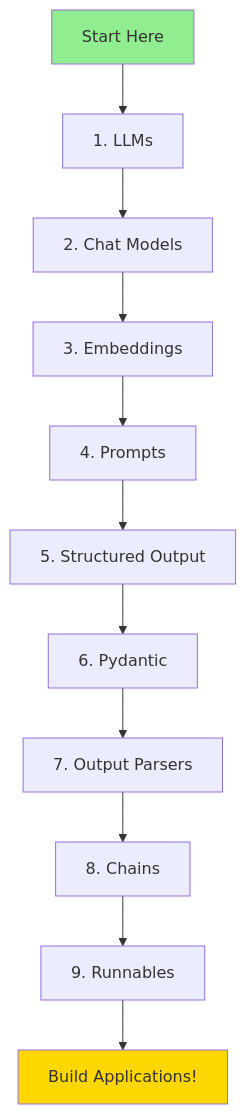
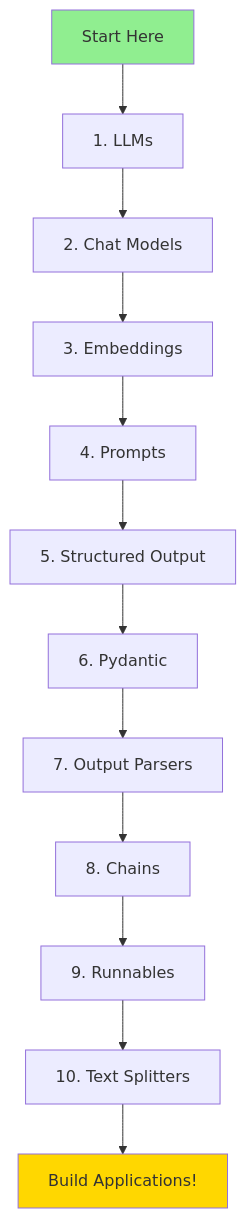
One commit to Kadiwalhussain/LangChain changed the eighth of 8 diagrams in README.md. Above: the diagram before and after it, drawn with Mermaid. The commit also changed other lines of this file and 9 other files, not shown here.

Commit message:
Add complete Text Splitters section with examples and documentation

````diff
--- a/README.md
+++ b/README.md
@@ -417,16 +488,17 @@
 ```mermaid
 graph TD
     A[Start Here] --> B[1. LLMs]
     B --> C[2. Chat Models]
     C --> D[3. Embeddings]
     D --> E[4. Prompts]
     E --> F[5. Structured Output]
     F --> G[6. Pydantic]
     G --> H[7. Output Parsers]
     H --> I[8. Chains]
     I --> J[9. Runnables]
-    J --> K[Build Applications!]
+    J --> K[10. Text Splitters]
+    K --> L[Build Applications!]
     
     style A fill:#90EE90
-    style K fill:#FFD700
+    style L fill:#FFD700
 ```
````
